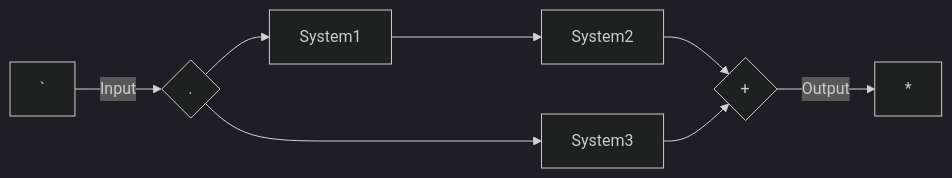
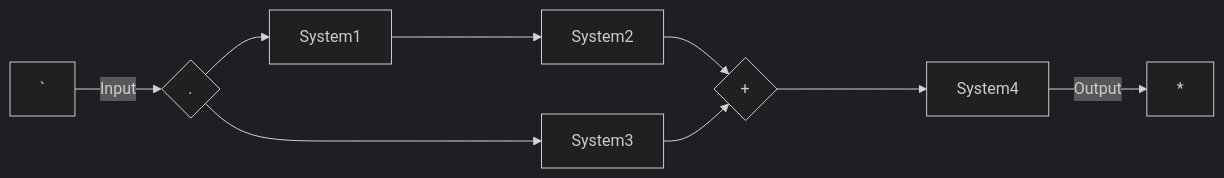
Before and after one commit to setrar/dsp: the fifth of 5 diagrams in signal-processing/kutz/5/README.md, drawn with Mermaid (dark theme).

````diff
--- a/signal-processing/kutz/5/README.md
+++ b/signal-processing/kutz/5/README.md
@@ -82,10 +82,11 @@
 ```mermaid
 flowchart LR
     ` -->|Input| B{.}
     B --> F[System1]
     F----> C[System2]
     B ----> D[System3]
     C --> E{+}
     D --> E{+}
-    E--> |Output| *
+    E ----> G[System4]
+    G--> |Output| *
 ```
````
